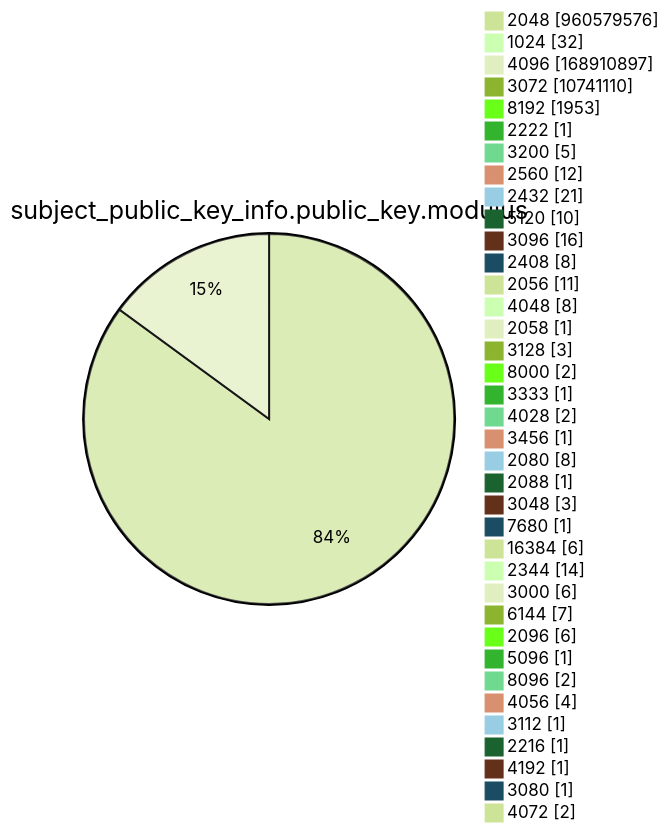
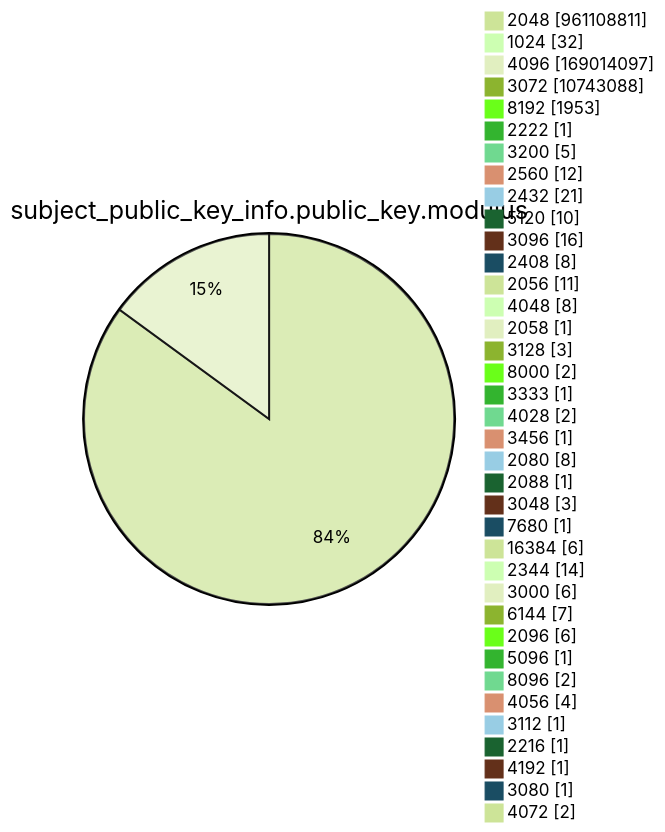
One commit to christiankrug/ctmonitor_visualization changed diagram 13 of 15 in argon2022/README.md. Above: the diagram before and after it, drawn with Mermaid (forest theme). The commit also changed other lines of this file, not shown here.

````diff
--- a/argon2022/README.md
+++ b/argon2022/README.md
@@ -3586,41 +3586,41 @@
 ```mermaid
 pie showData
 title subject_public_key_info.public_key.modulus
-"2048" :960579576
+"2048" :961108811
 "1024" :32
-"4096" :168910897
-"3072" :10741110
+"4096" :169014097
+"3072" :10743088
 "8192" :1953
 "2222" :1
 "3200" :5
 "2560" :12
 "2432" :21
 "5120" :10
 "3096" :16
 "2408" :8
 "2056" :11
 "4048" :8
 "2058" :1
 "3128" :3
 "8000" :2
 "3333" :1
 "4028" :2
 "3456" :1
 "2080" :8
 "2088" :1
 "3048" :3
 "7680" :1
 "16384" :6
 "2344" :14
 "3000" :6
 "6144" :7
 "2096" :6
 "5096" :1
 "8096" :2
 "4056" :4
 "3112" :1
 "2216" :1
 "4192" :1
 "3080" :1
 "4072" :2
 ```
````
